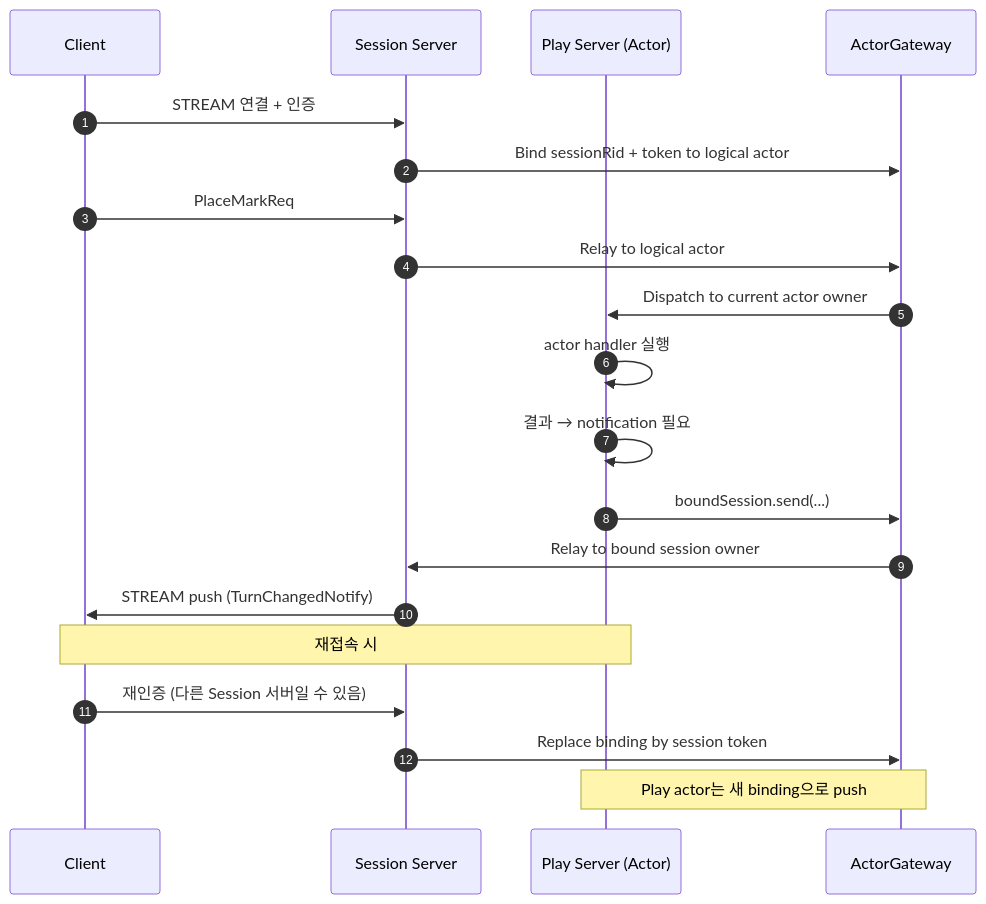
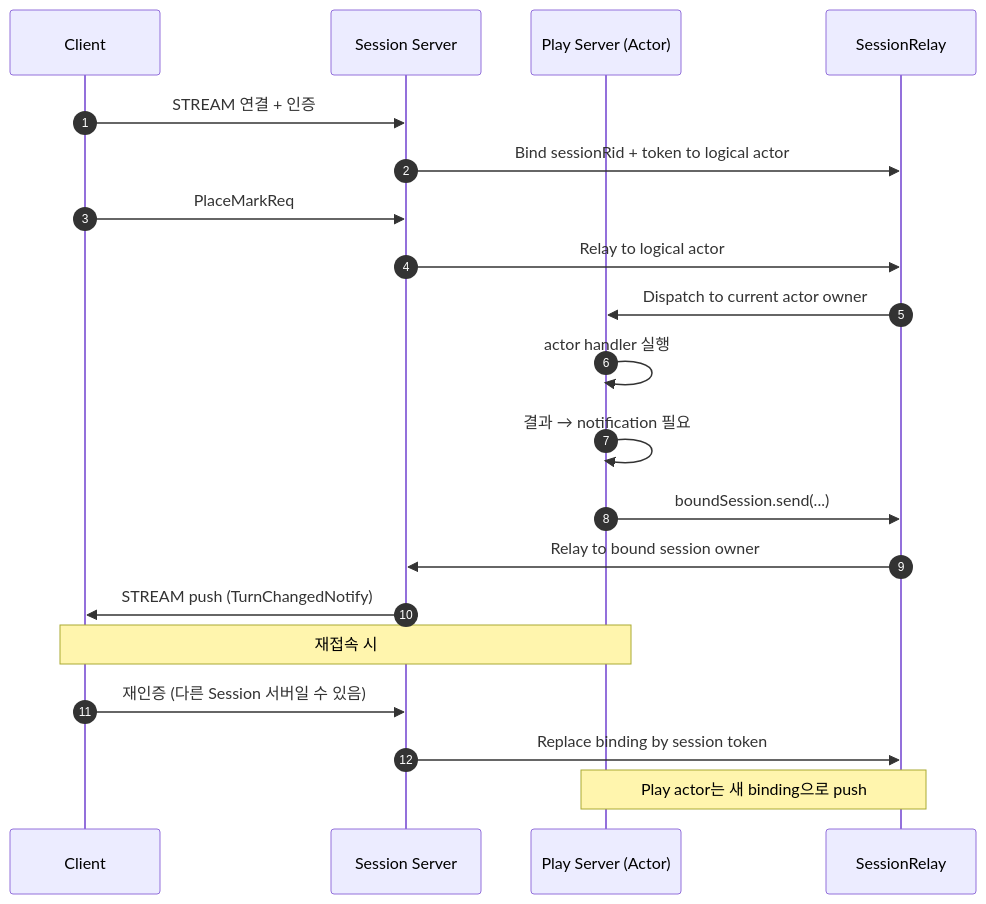
Before and after one commit to kairos-code-dev/zlink: the third of 3 diagrams in framework/doc/framework/node/spec/nestjs-actor.ko.md, drawn with Mermaid. The commit also changed other lines of this file and 212 other files, not shown here.

Commit message:
Remove framework session relay attach surface

````diff
--- a/framework/doc/framework/node/spec/nestjs-actor.ko.md
+++ b/framework/doc/framework/node/spec/nestjs-actor.ko.md
@@ -951,25 +951,25 @@
 ```mermaid
 sequenceDiagram
     autonumber
     participant C as Client
     participant S as Session Server
     participant P as Play Server (Actor)
-    participant G as ActorGateway
+    participant G as SessionRelay
 
     C->>S: STREAM 연결 + 인증
     S->>G: Bind sessionRid + token to logical actor
 
     C->>S: PlaceMarkReq
     S->>G: Relay to logical actor
     G->>P: Dispatch to current actor owner
     P->>P: actor handler 실행
     P->>P: 결과 → notification 필요
     P->>G: boundSession.send(...)
     G->>S: Relay to bound session owner
     S->>C: STREAM push (TurnChangedNotify)
 
     Note over C,P: 재접속 시
     C->>S: 재인증 (다른 Session 서버일 수 있음)
     S->>G: Replace binding by session token
     Note over P,G: Play actor는 새 binding으로 push
 ```
````
